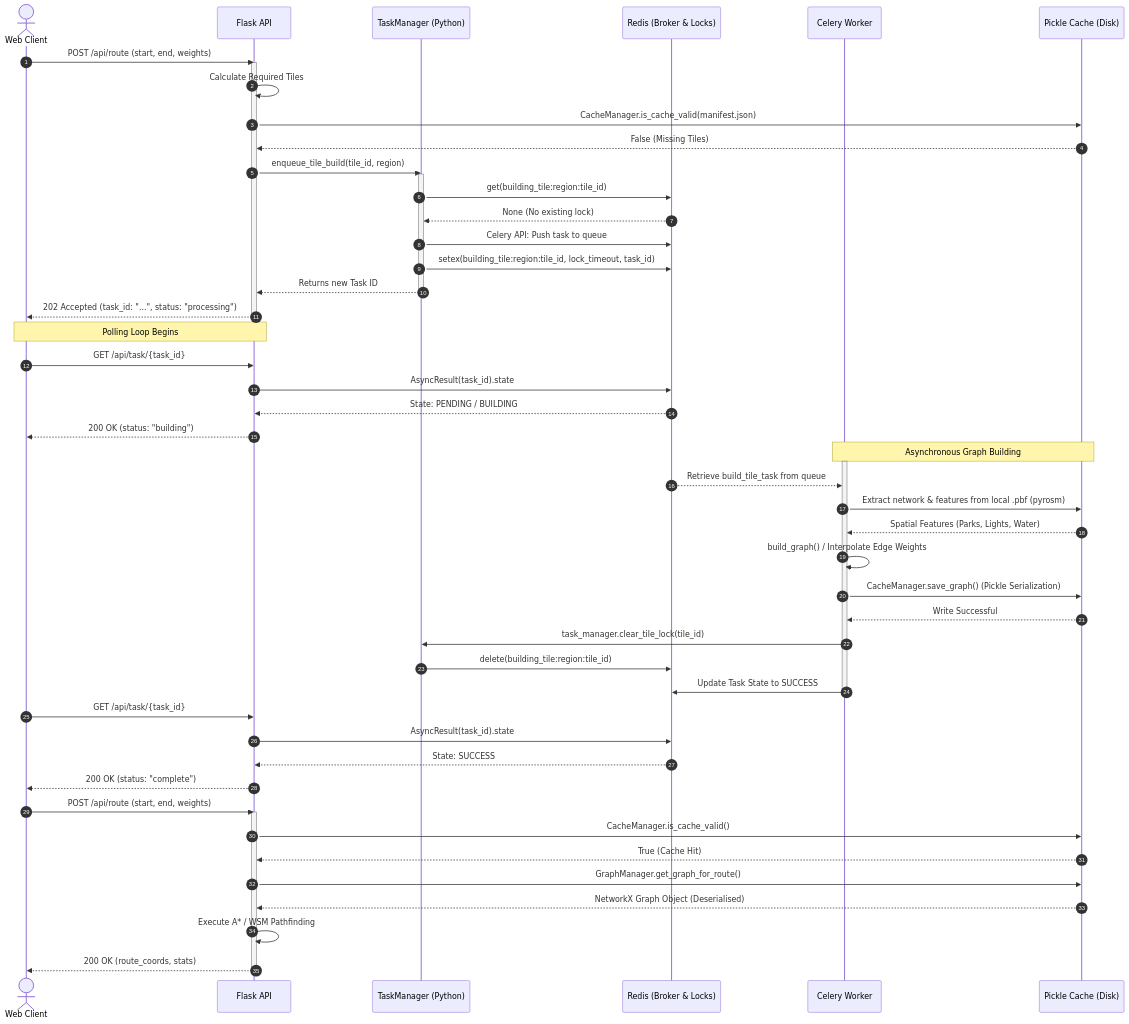
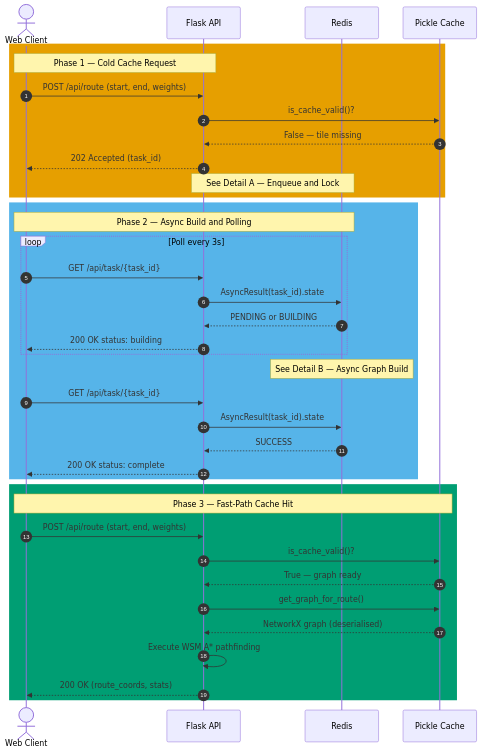
Before and after one commit to Chimpyr/pathfinder-project: the first of 3 diagrams in docs/report_diagrams/5_async_sequence_diagram.md, drawn with Mermaid. The commit also changed other lines of this file and 13 other files, not shown here.

Commit message:
Fix trunk and REDIS race condition, with DIAGRAMS

````diff
--- a/docs/report_diagrams/5_async_sequence_diagram.md
+++ b/docs/report_diagrams/5_async_sequence_diagram.md
@@ -5,68 +9,43 @@
 ```mermaid
 sequenceDiagram
     autonumber
-
     actor Client as Web Client
     participant Flask as Flask API
-    participant TaskManager as TaskManager (Python)
-    participant Redis as Redis (Broker & Locks)
-    participant Celery as Celery Worker
-    participant Disk as Pickle Cache (Disk)
+    participant Redis as Redis
+    participant Disk as Pickle Cache
 
-    %% Initial Request Phase
-    Client->>Flask: POST /api/route (start, end, weights)
-    activate Flask
-    Flask->>Flask: Calculate Required Tiles
-    Flask->>Disk: CacheManager.is_cache_valid(manifest.json)
-    Disk-->>Flask: False (Missing Tiles)
+    rect rgb(230, 159, 0)
+        Note over Client,Flask: Phase 1 — Cold Cache Request
+        Client->>Flask: POST /api/route (start, end, weights)
+        Flask->>Disk: is_cache_valid()?
+        Disk-->>Flask: False — tile missing
+        Flask-->>Client: 202 Accepted (task_id)
+        Note over Flask,Redis: See Detail A — Enqueue and Lock
+    end
 
-    %% Enqueue Tasks Phase with Locks
-    Flask->>TaskManager: enqueue_tile_build(tile_id, region)
-    activate TaskManager
-    TaskManager->>Redis: get(building_tile:region:tile_id)
-    Redis-->>TaskManager: None (No existing lock)
-    TaskManager->>Redis: Celery API: Push task to queue
-    TaskManager->>Redis: setex(building_tile:region:tile_id, lock_timeout, task_id)
-    TaskManager-->>Flask: Returns new Task ID
-    deactivate TaskManager
+    rect rgb(86, 180, 233)
+        Note over Client,Redis: Phase 2 — Async Build and Polling
+        loop Poll every 3s
+            Client->>Flask: GET /api/task/{task_id}
+            Flask->>Redis: AsyncResult(task_id).state
+            Redis-->>Flask: PENDING or BUILDING
+            Flask-->>Client: 200 OK status: building
+        end
+        Note over Redis: See Detail B — Async Graph Build
+        Client->>Flask: GET /api/task/{task_id}
+        Flask->>Redis: AsyncResult(task_id).state
+        Redis-->>Flask: SUCCESS
+        Flask-->>Client: 200 OK status: complete
+    end
 
-    Flask-->>Client: 202 Accepted (task_id: "...", status: "processing")
-    deactivate Flask
-
-    %% Async Processing Phase & Polling
-    note over Client, Flask: Polling Loop Begins
-    Client->>Flask: GET /api/task/{task_id}
-    Flask->>Redis: AsyncResult(task_id).state
-    Redis-->>Flask: State: PENDING / BUILDING
-    Flask-->>Client: 200 OK (status: "building")
-
-    note over Celery, Disk: Asynchronous Graph Building
-    activate Celery
-    Redis-->>Celery: Retrieve build_tile_task from queue
-    Celery->>Disk: Extract network & features from local .pbf (pyrosm)
-    Disk-->>Celery: Spatial Features (Parks, Lights, Water)
-    Celery->>Celery: build_graph() / Interpolate Edge Weights
-    Celery->>Disk: CacheManager.save_graph() (Pickle Serialization)
-    Disk-->>Celery: Write Successful
-    Celery->>TaskManager: task_manager.clear_tile_lock(tile_id)
-    TaskManager->>Redis: delete(building_tile:region:tile_id)
-    Celery->>Redis: Update Task State to SUCCESS
-    deactivate Celery
-
-    %% Completion Polling
-    Client->>Flask: GET /api/task/{task_id}
-    Flask->>Redis: AsyncResult(task_id).state
-    Redis-->>Flask: State: SUCCESS
-    Flask-->>Client: 200 OK (status: "complete")
-
-    %% Final Route Request
-    Client->>Flask: POST /api/route (start, end, weights)
-    activate Flask
-    Flask->>Disk: CacheManager.is_cache_valid()
-    Disk-->>Flask: True (Cache Hit)
-    Flask->>Disk: GraphManager.get_graph_for_route()
-    Disk-->>Flask: NetworkX Graph Object (Deserialised)
-    Flask->>Flask: Execute A* / WSM Pathfinding
-    Flask-->>Client: 200 OK (route_coords, stats)
-    deactivate Flask
+    rect rgb(0, 158, 115)
+        Note over Client,Disk: Phase 3 — Fast-Path Cache Hit
+        Client->>Flask: POST /api/route (start, end, weights)
+        Flask->>Disk: is_cache_valid()?
+        Disk-->>Flask: True — graph ready
+        Flask->>Disk: get_graph_for_route()
+        Disk-->>Flask: NetworkX graph (deserialised)
+        Flask->>Flask: Execute WSM A* pathfinding
+        Flask-->>Client: 200 OK (route_coords, stats)
+    end
 ```
````
